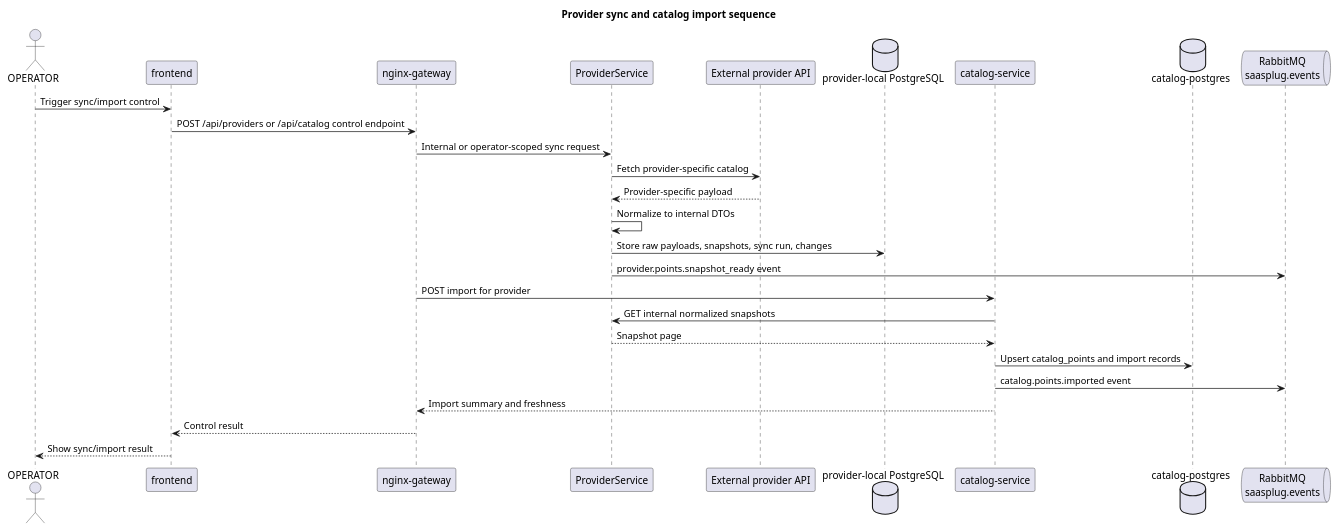
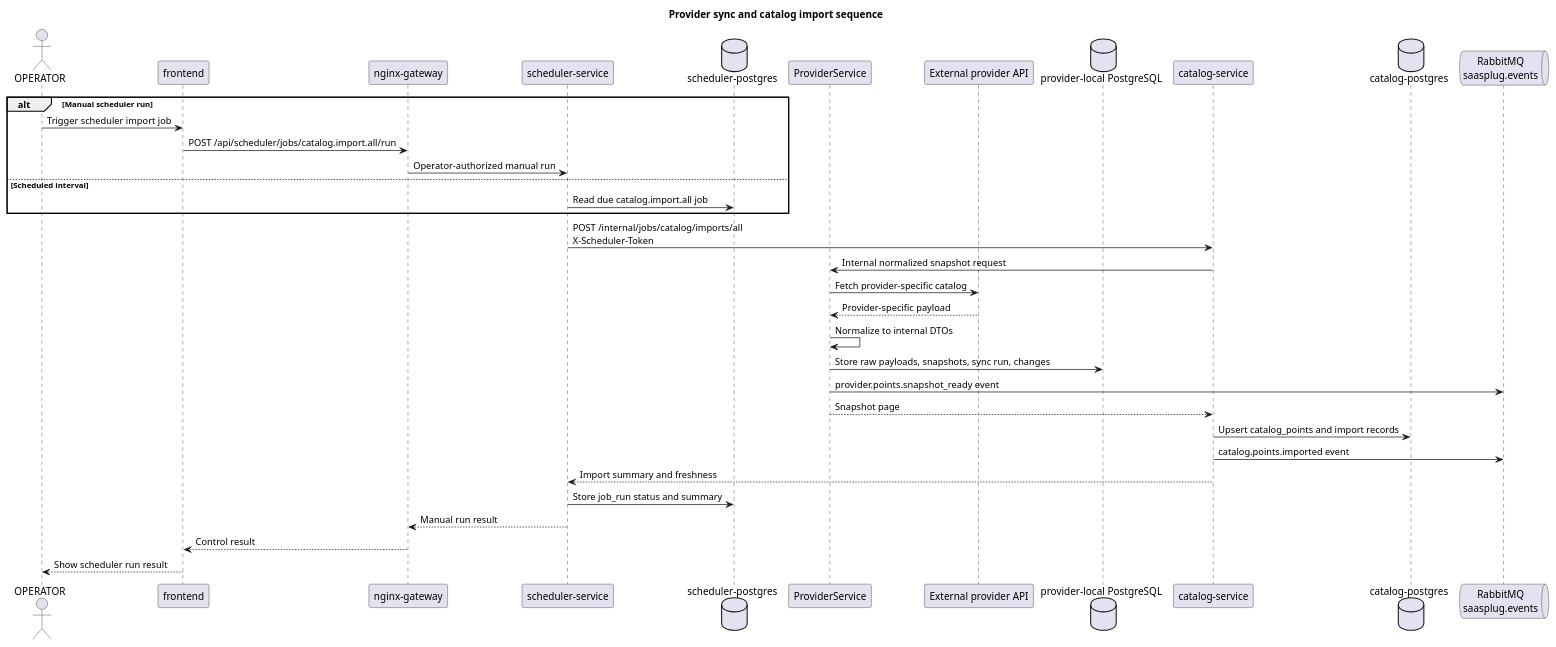
Before and after one commit to ntua-el21026/ntua-saasplug: the diagram in docs/diagrams/final/sequence-provider-sync-catalog-import.puml, drawn with PlantUML. The commit also changed 51 other files, not shown here.

```diff
--- a/docs/diagrams/final/sequence-provider-sync-catalog-import.puml
+++ b/docs/diagrams/final/sequence-provider-sync-catalog-import.puml
@@ -1,32 +1,40 @@
 @startuml
 title Provider sync and catalog import sequence
 
 actor "OPERATOR" as Operator
 participant "frontend" as Frontend
 participant "nginx-gateway" as Gateway
+participant "scheduler-service" as Scheduler
+database "scheduler-postgres" as SchedulerDb
 participant ProviderService
 participant "External provider API" as ProviderApi
 database "provider-local PostgreSQL" as ProviderDb
 participant "catalog-service" as Catalog
 database "catalog-postgres" as CatalogDb
 queue "RabbitMQ\nsaasplug.events" as RabbitMQ
 
-Operator -> Frontend : Trigger sync/import control
-Frontend -> Gateway : POST /api/providers or /api/catalog control endpoint
-Gateway -> ProviderService : Internal or operator-scoped sync request
+alt Manual scheduler run
+  Operator -> Frontend : Trigger scheduler import job
+  Frontend -> Gateway : POST /api/scheduler/jobs/catalog.import.all/run
+  Gateway -> Scheduler : Operator-authorized manual run
+else Scheduled interval
+  Scheduler -> SchedulerDb : Read due catalog.import.all job
+end
+
+Scheduler -> Catalog : POST /internal/jobs/catalog/imports/all\nX-Scheduler-Token
+Catalog -> ProviderService : Internal normalized snapshot request
 ProviderService -> ProviderApi : Fetch provider-specific catalog
 ProviderApi --> ProviderService : Provider-specific payload
 ProviderService -> ProviderService : Normalize to internal DTOs
 ProviderService -> ProviderDb : Store raw payloads, snapshots, sync run, changes
 ProviderService -> RabbitMQ : provider.points.snapshot_ready event
-
-Gateway -> Catalog : POST import for provider
-Catalog -> ProviderService : GET internal normalized snapshots
 ProviderService --> Catalog : Snapshot page
 Catalog -> CatalogDb : Upsert catalog_points and import records
 Catalog -> RabbitMQ : catalog.points.imported event
-Catalog --> Gateway : Import summary and freshness
+Catalog --> Scheduler : Import summary and freshness
+Scheduler -> SchedulerDb : Store job_run status and summary
+Scheduler --> Gateway : Manual run result
 Gateway --> Frontend : Control result
-Frontend --> Operator : Show sync/import result
+Frontend --> Operator : Show scheduler run result
 
 @enduml
```
